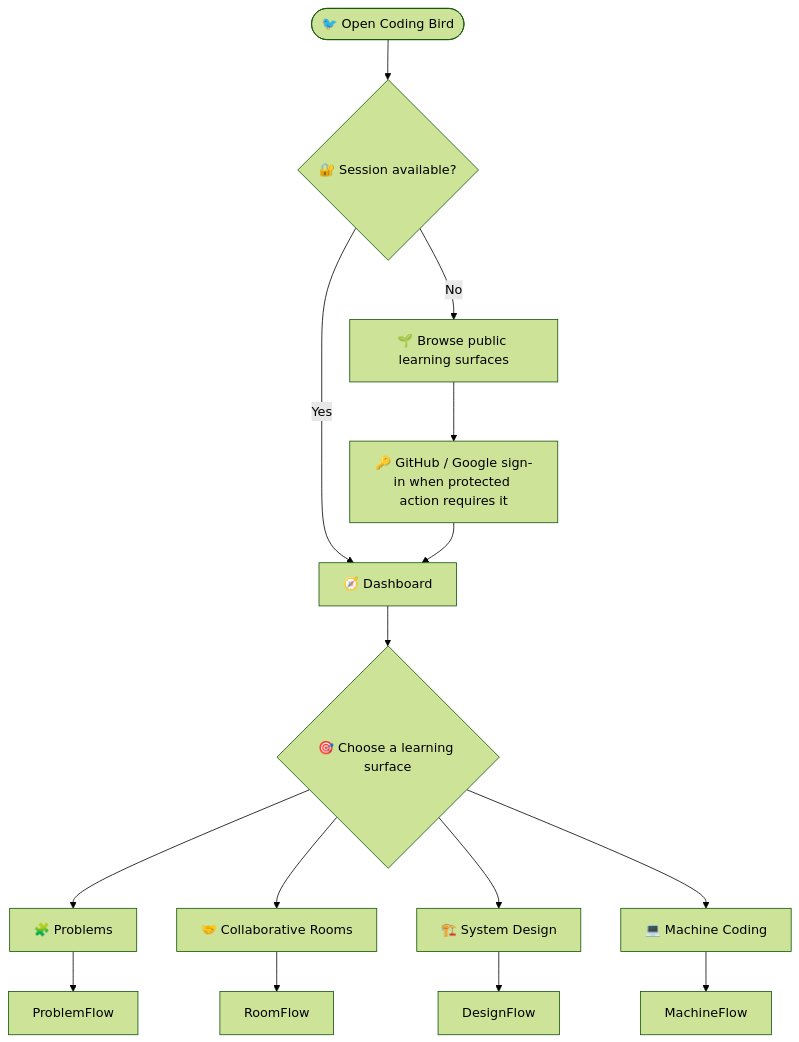
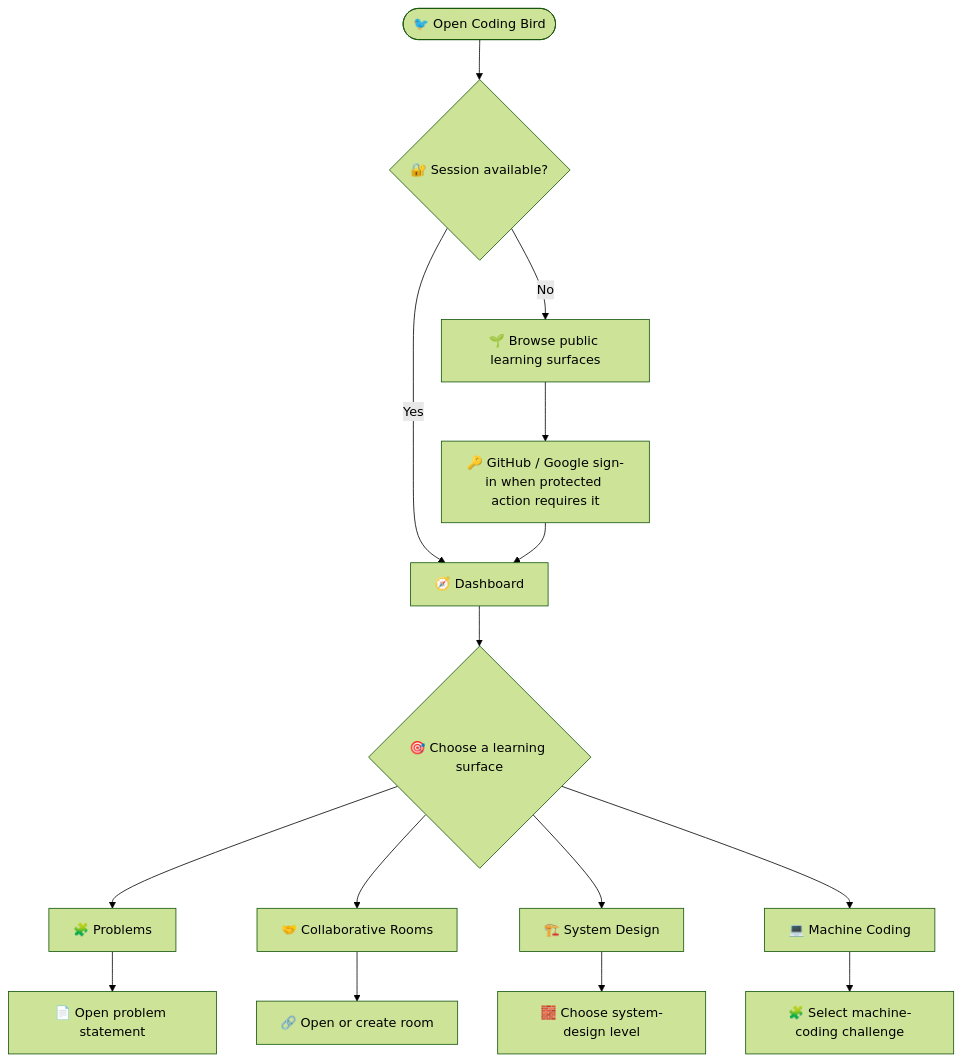
Before and after one commit to Brajesh31/coding-bird: the first of 6 diagrams in docs/diagrams/product-user-flows.md, drawn with Mermaid (forest theme).

Commit message:
docs: connect new visuals and engineering references

```diff
--- a/docs/diagrams/product-user-flows.md
+++ b/docs/diagrams/product-user-flows.md
@@ -7,17 +7,17 @@
 ~~~mermaid
 flowchart TD
   Start([🐦 Open Coding Bird]) --> Auth{🔐 Session available?}
   Auth -->|Yes| Dashboard[🧭 Dashboard]
   Auth -->|No| Explore[🌱 Browse public learning surfaces]
   Explore --> SignIn[🔑 GitHub / Google sign-in when protected action requires it]
   SignIn --> Dashboard
   Dashboard --> Pick{🎯 Choose a learning surface}
   Pick --> Problems[🧩 Problems]
   Pick --> Rooms[🤝 Collaborative Rooms]
   Pick --> Design[🏗️ System Design]
   Pick --> Machine[💻 Machine Coding]
-  Problems --> ProblemFlow
-  Rooms --> RoomFlow
-  Design --> DesignFlow
-  Machine --> MachineFlow
+  Problems --> ProblemStart[📄 Open problem statement]
+  Rooms --> RoomStart[🔗 Open or create room]
+  Design --> DesignStart[🧱 Choose system-design level]
+  Machine --> MachineStart[🧩 Select machine-coding challenge]
 ~~~
```
